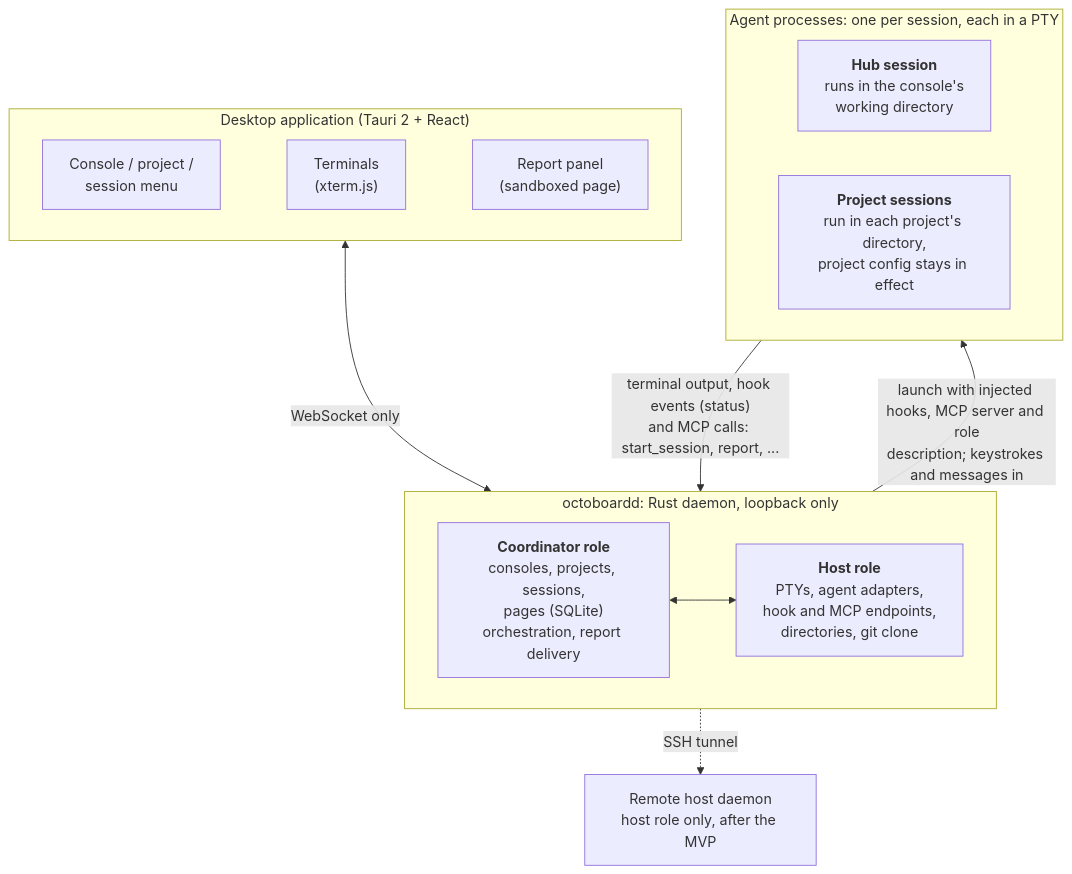
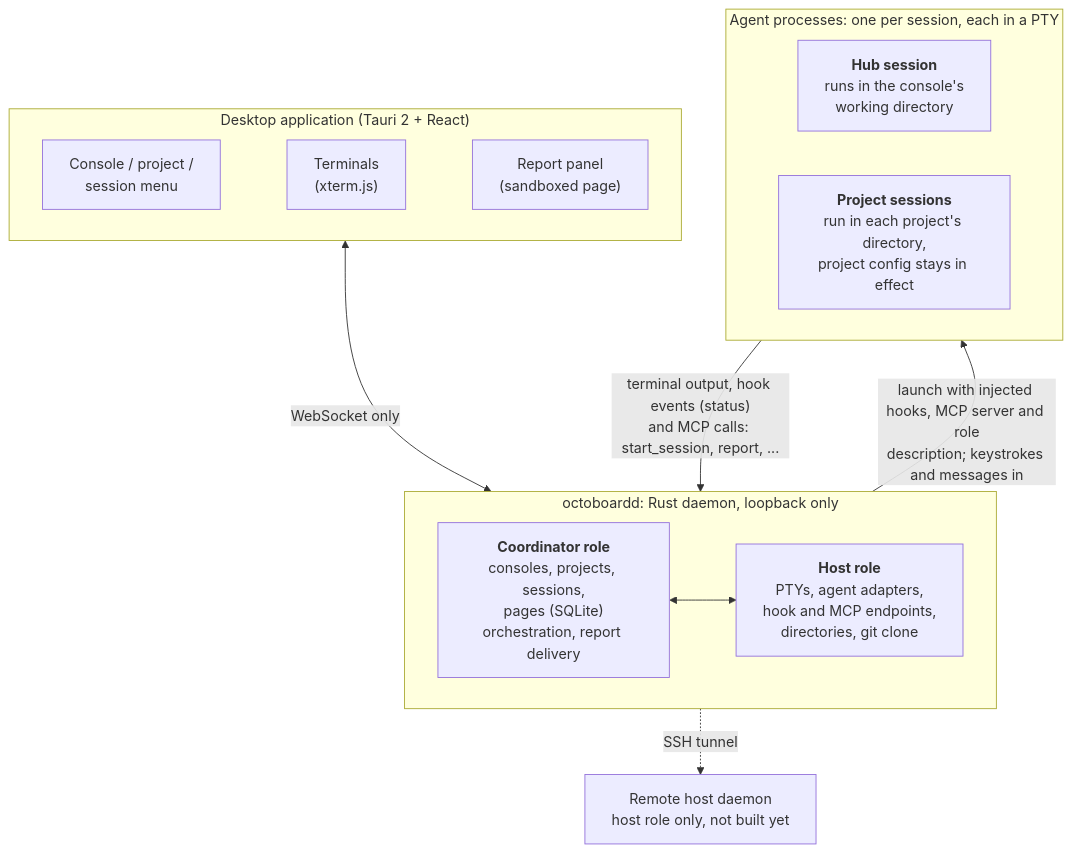
The diagram in README.md (baijunjie/octoboard), drawn with Mermaid before and after one commit. The commit also changed other lines of this file and 42 other files, not shown here.

````diff
--- a/README.md
+++ b/README.md
@@ -39,30 +38,30 @@
 ```mermaid
 flowchart TB
     subgraph App["Desktop application (Tauri 2 + React)"]
         direction LR
         Menu["Console / project /<br/>session menu"]
         Term["Terminals<br/>(xterm.js)"]
         Panel["Report panel<br/>(sandboxed page)"]
         Menu ~~~ Term ~~~ Panel
     end
 
     subgraph Daemon["octoboardd: Rust daemon, loopback only"]
         direction LR
         Coord["<b>Coordinator role</b><br/>consoles, projects, sessions,<br/>pages (SQLite)<br/>orchestration, report delivery"]
         Host["<b>Host role</b><br/>PTYs, agent adapters,<br/>hook and MCP endpoints,<br/>directories, git clone"]
         Coord <--> Host
     end
 
     subgraph Agents["Agent processes: one per session, each in a PTY"]
         direction LR
         Hub["<b>Hub session</b><br/>runs in the console's<br/>working directory"]
         Work["<b>Project sessions</b><br/>run in each project's directory,<br/>project config stays in effect"]
     end
 
-    Remote["Remote host daemon<br/>host role only, after the MVP"]
+    Remote["Remote host daemon<br/>host role only, not built yet"]
 
     App <-->|"WebSocket only"| Daemon
     Daemon -->|"launch with injected hooks, MCP server and role<br/>description; keystrokes and messages in"| Agents
     Agents -->|"terminal output, hook events (status)<br/>and MCP calls: start_session, report, ..."| Daemon
     Daemon -.->|"SSH tunnel"| Remote
 ```
````
